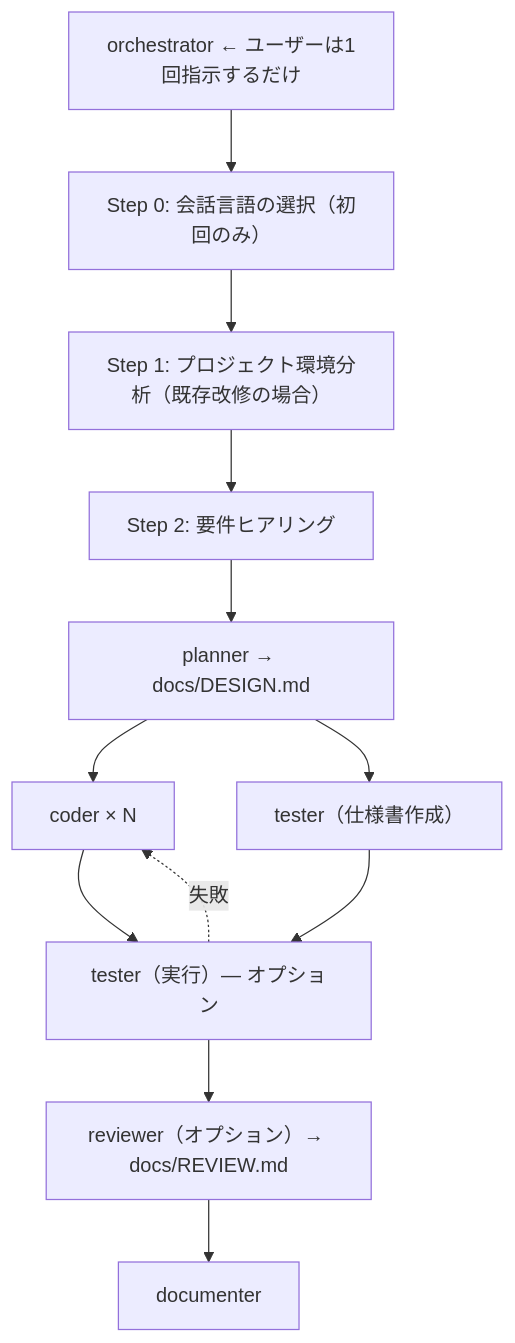
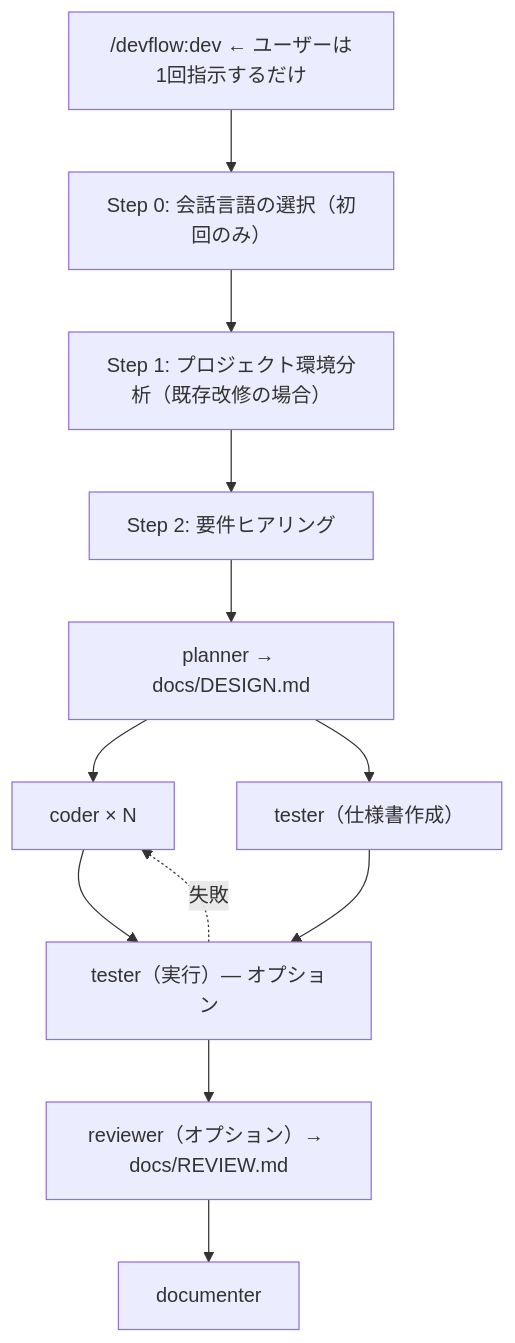
One commit to shumatsumonobu/dotagents changed the diagram in devflow/README.ja.md. Above: the diagram before and after it, drawn with Mermaid. The commit also changed other lines of this file and 12 other files, not shown here.

````diff
--- a/devflow/README.ja.md
+++ b/devflow/README.ja.md
@@ -99,12 +92,12 @@
 ```mermaid
 flowchart TD
-    A["orchestrator ← ユーザーは1回指示するだけ"] --> B["Step 0: 会話言語の選択（初回のみ）"]
+    A["/devflow:dev ← ユーザーは1回指示するだけ"] --> B["Step 0: 会話言語の選択（初回のみ）"]
     B --> C["Step 1: プロジェクト環境分析（既存改修の場合）"]
     C --> D["Step 2: 要件ヒアリング"]
     D --> E["planner → docs/DESIGN.md"]
     E --> F["coder × N"] & G["tester（仕様書作成）"]
     F & G --> H["tester（実行）— オプション"]
     H -. 失敗 .-> F
     H --> I["reviewer（オプション）→ docs/REVIEW.md"]
     I --> J[documenter]
 ```
````
